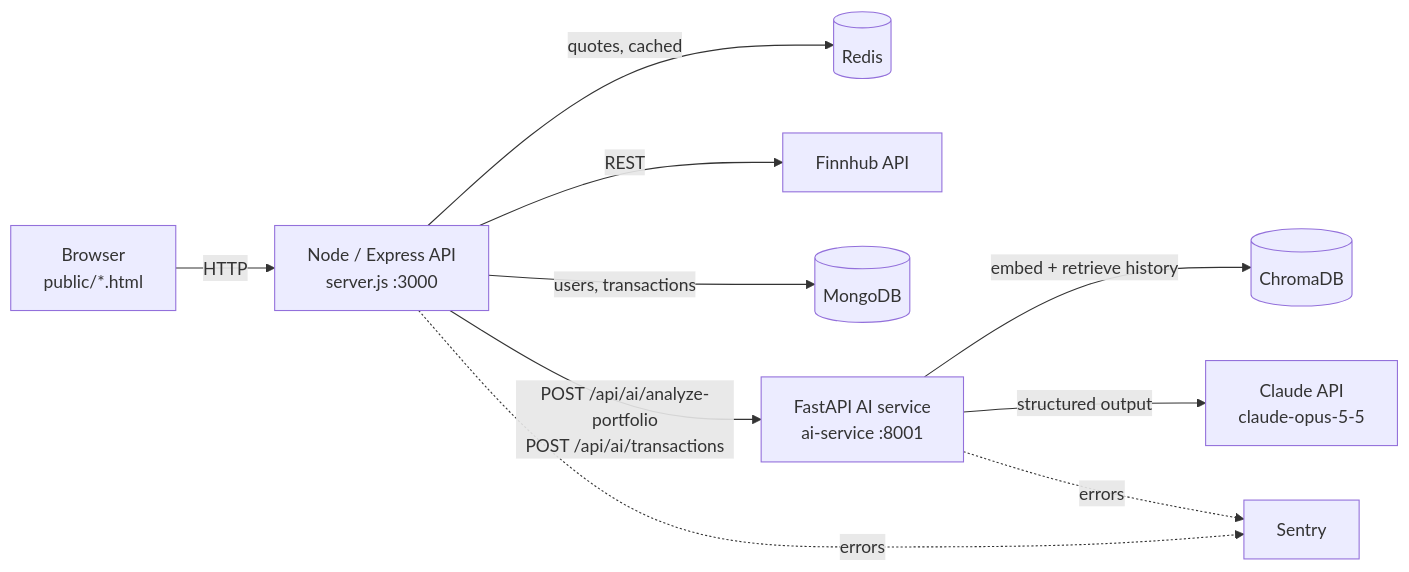
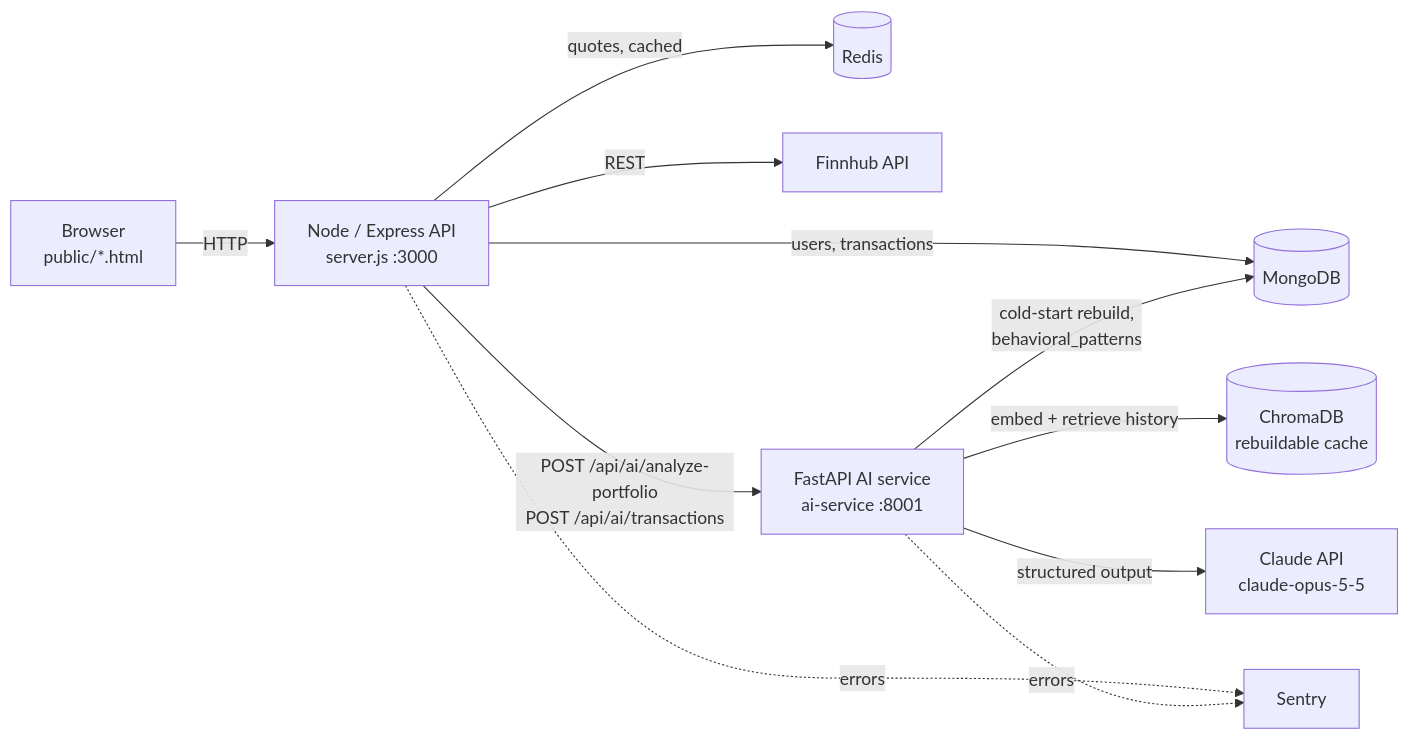
The first of 2 diagrams in architecture.md (sumitparmar19/Nivesh-Path), drawn with Mermaid before and after one commit. The commit also changed other lines of this file and 13 other files, not shown here.

First line of the commit message:
Rebuild ChromaDB from MongoDB on cold start; add behavioral_patterns store

````diff
--- a/architecture.md
+++ b/architecture.md
@@ -3,12 +3,13 @@
 ```mermaid
 flowchart LR
     B[Browser<br/>public/*.html] -->|HTTP| N[Node / Express API<br/>server.js :3000]
     N -->|quotes, cached| R[(Redis)]
     N -->|REST| F[Finnhub API]
     N -->|users, transactions| M[(MongoDB)]
     N -->|POST /api/ai/analyze-portfolio<br/>POST /api/ai/transactions| A[FastAPI AI service<br/>ai-service :8001]
-    A -->|embed + retrieve history| C[(ChromaDB)]
+    A -->|embed + retrieve history| C[(ChromaDB<br/>rebuildable cache)]
+    A -->|cold-start rebuild,<br/>behavioral_patterns| M
     A -->|structured output| L[Claude API<br/>claude-opus-5-5]
     N -. errors .-> Y[Sentry]
     A -. errors .-> Y
 ```
````
